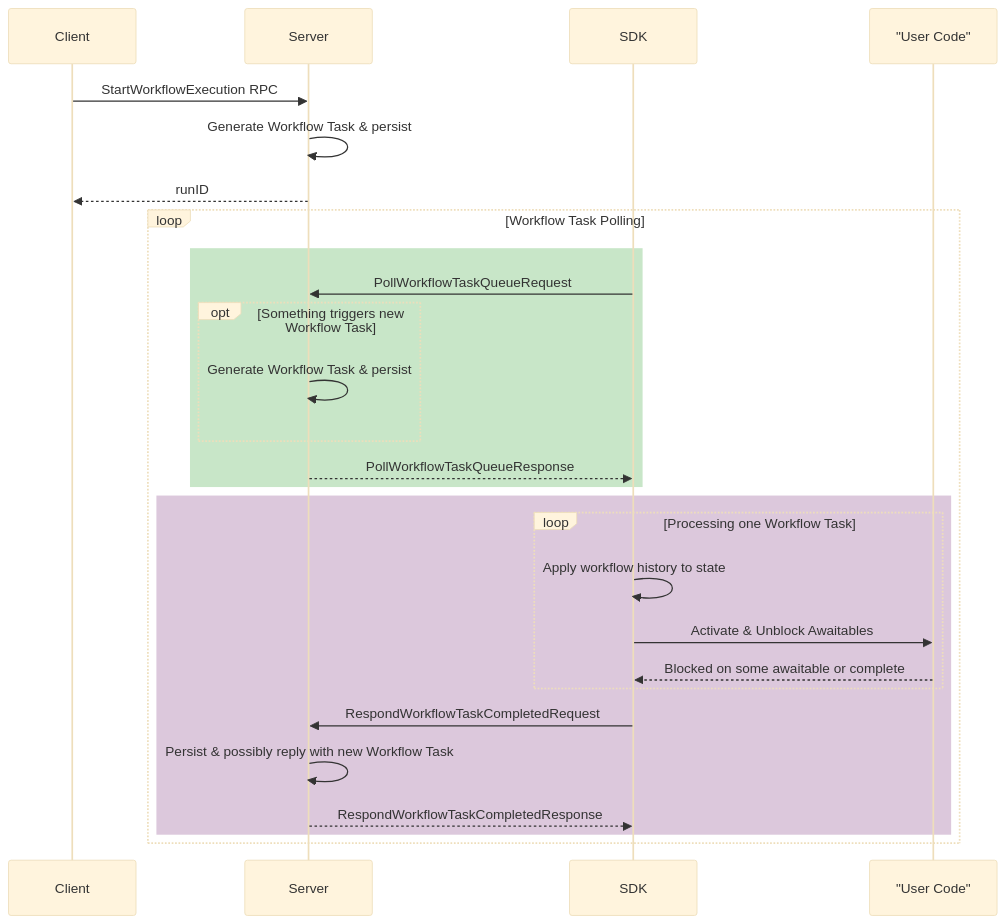
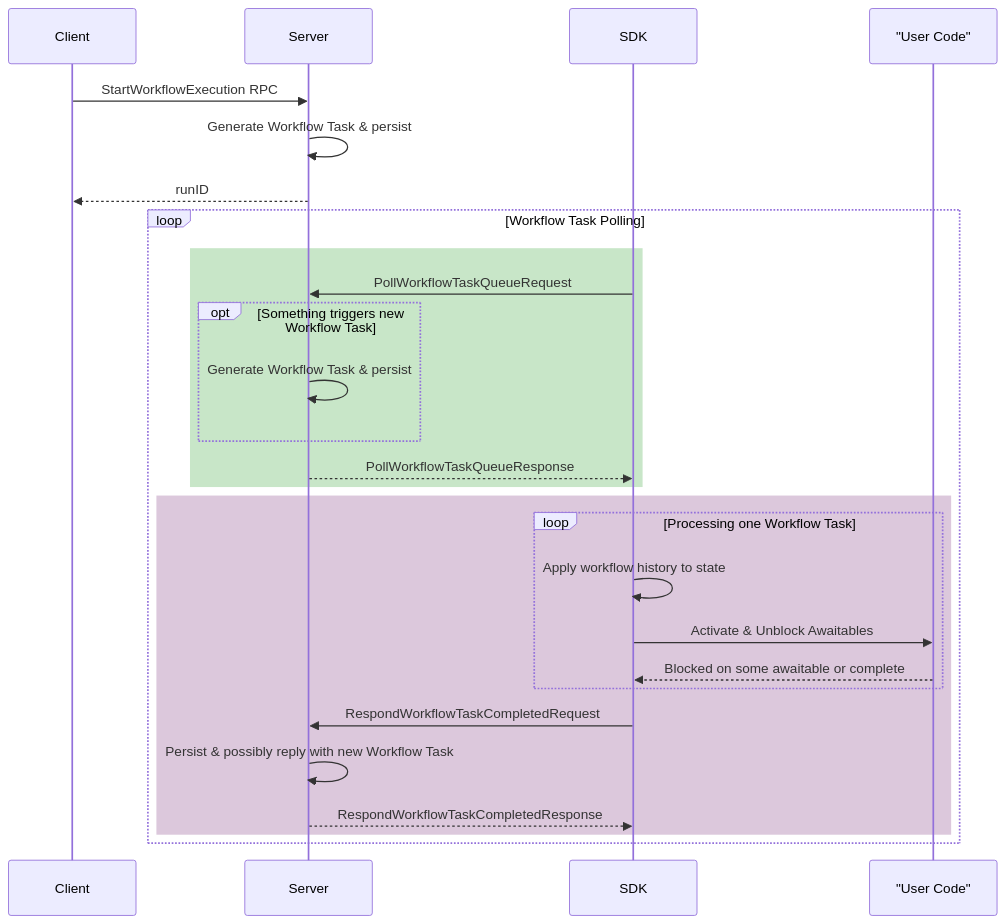
One commit to temporalio/sdk-core changed the diagram in arch_docs/sdks_intro.md. Above: the diagram before and after it, drawn with Mermaid. The commit also changed other lines of this file and 1 other file, not shown here.

````diff
--- a/arch_docs/sdks_intro.md
+++ b/arch_docs/sdks_intro.md
@@ -119,38 +119,33 @@
 ```mermaid
----
-config:
-  theme: 'base'
-  themeVariables:
-    background: '#ffffff'
----
+%%{ init : { "theme" : "default", "themeVariables" : { "background" : "#fff" }}}%%
 sequenceDiagram
     participant Client
     participant Server
     participant SDK
     participant UserCode as "User Code"
     Client ->> Server: StartWorkflowExecution RPC
     Server ->> Server: Generate Workflow Task & persist
     Server -->> Client: runID
 
     loop Workflow Task Polling
         rect rgb(200, 230, 200)
             SDK ->> Server: PollWorkflowTaskQueueRequest
             opt Something triggers new Workflow Task
                 Server ->> Server: Generate Workflow Task & persist
             end
             Server -->> SDK: PollWorkflowTaskQueueResponse
         end
 
         rect rgb(220, 200, 220)
             loop Processing one Workflow Task
                 SDK ->> SDK: Apply workflow history to state
                 SDK ->> UserCode: Activate & Unblock Awaitables
                 UserCode -->> SDK: Blocked on some awaitable or complete
             end
 
             SDK ->> Server: RespondWorkflowTaskCompletedRequest
             Server ->> Server: Persist & possibly reply with new Workflow Task
             Server -->> SDK: RespondWorkflowTaskCompletedResponse
         end
     end
 ```
````
